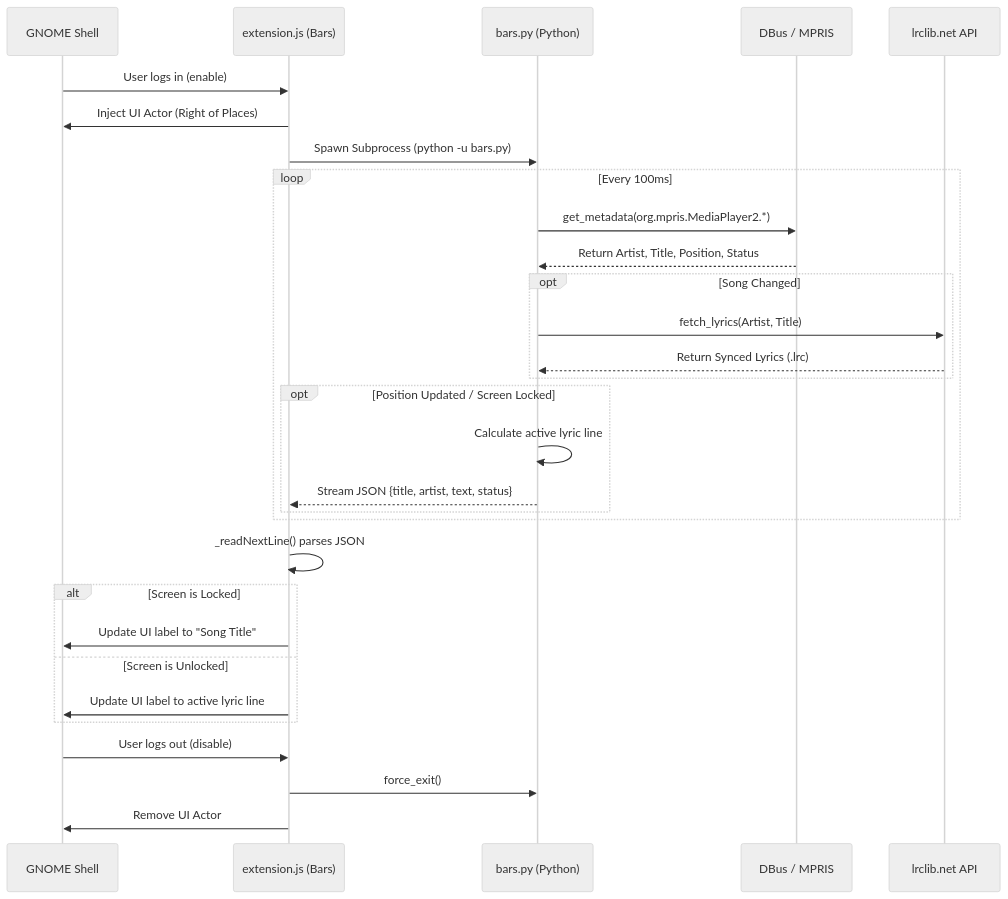
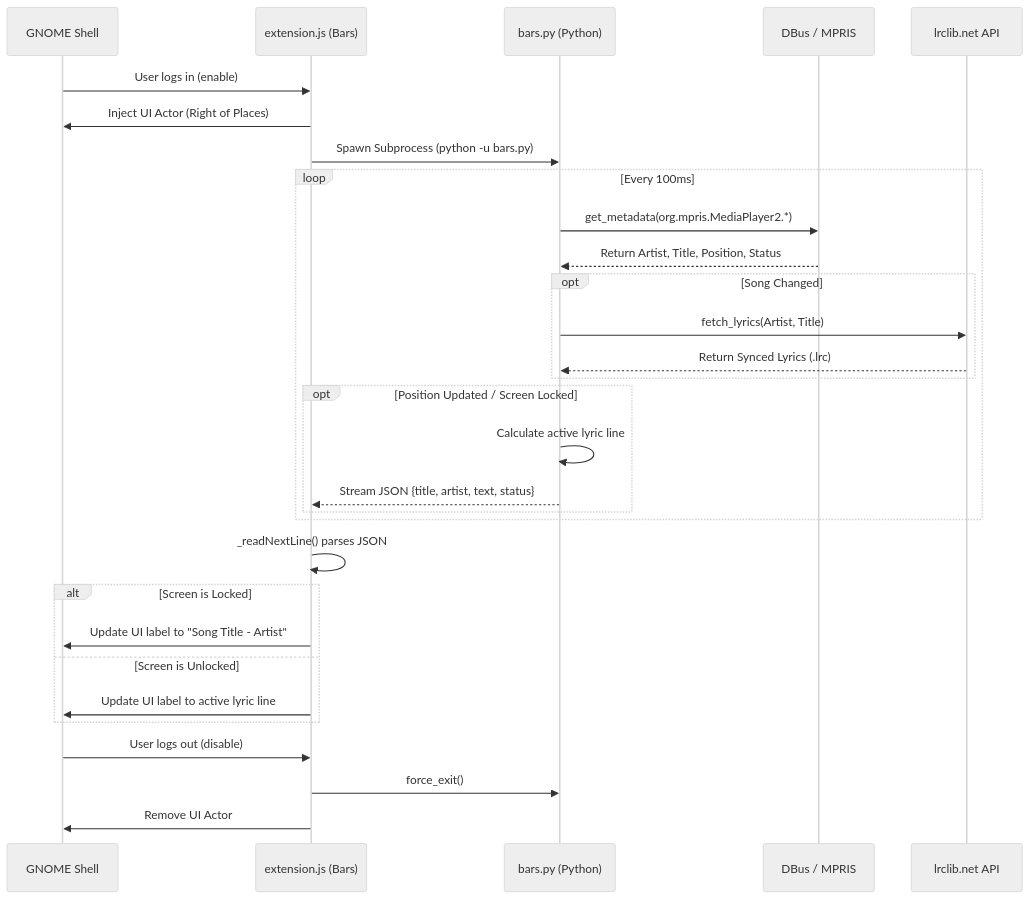
Before and after one commit to vaibhav-sri/bars: the diagram in docs/architecture.md, drawn with Mermaid (neutral theme). The commit also changed 3 other files, not shown here.

````diff
--- a/docs/architecture.md
+++ b/docs/architecture.md
@@ -14,39 +14,39 @@
 ```mermaid
 sequenceDiagram
     participant OS as GNOME Shell
     participant Ext as extension.js (Bars)
     participant Daemon as bars.py (Python)
     participant MPRIS as DBus / MPRIS
     participant API as lrclib.net API
 
     OS->>Ext: User logs in (enable)
     Ext->>OS: Inject UI Actor (Right of Places)
     Ext->>Daemon: Spawn Subprocess (python -u bars.py)
     
     loop Every 100ms
         Daemon->>MPRIS: get_metadata(org.mpris.MediaPlayer2.*)
         MPRIS-->>Daemon: Return Artist, Title, Position, Status
         
         opt Song Changed
             Daemon->>API: fetch_lyrics(Artist, Title)
             API-->>Daemon: Return Synced Lyrics (.lrc)
         end
         
         opt Position Updated / Screen Locked
             Daemon->>Daemon: Calculate active lyric line
             Daemon-->>Ext: Stream JSON {title, artist, text, status}
         end
     end
 
     Ext->>Ext: _readNextLine() parses JSON
     
     alt Screen is Locked
-        Ext->>OS: Update UI label to "Song Title"
+        Ext->>OS: Update UI label to "Song Title - Artist"
     else Screen is Unlocked
         Ext->>OS: Update UI label to active lyric line
     end
 
     OS->>Ext: User logs out (disable)
     Ext->>Daemon: force_exit()
     Ext->>OS: Remove UI Actor
 ```
````
